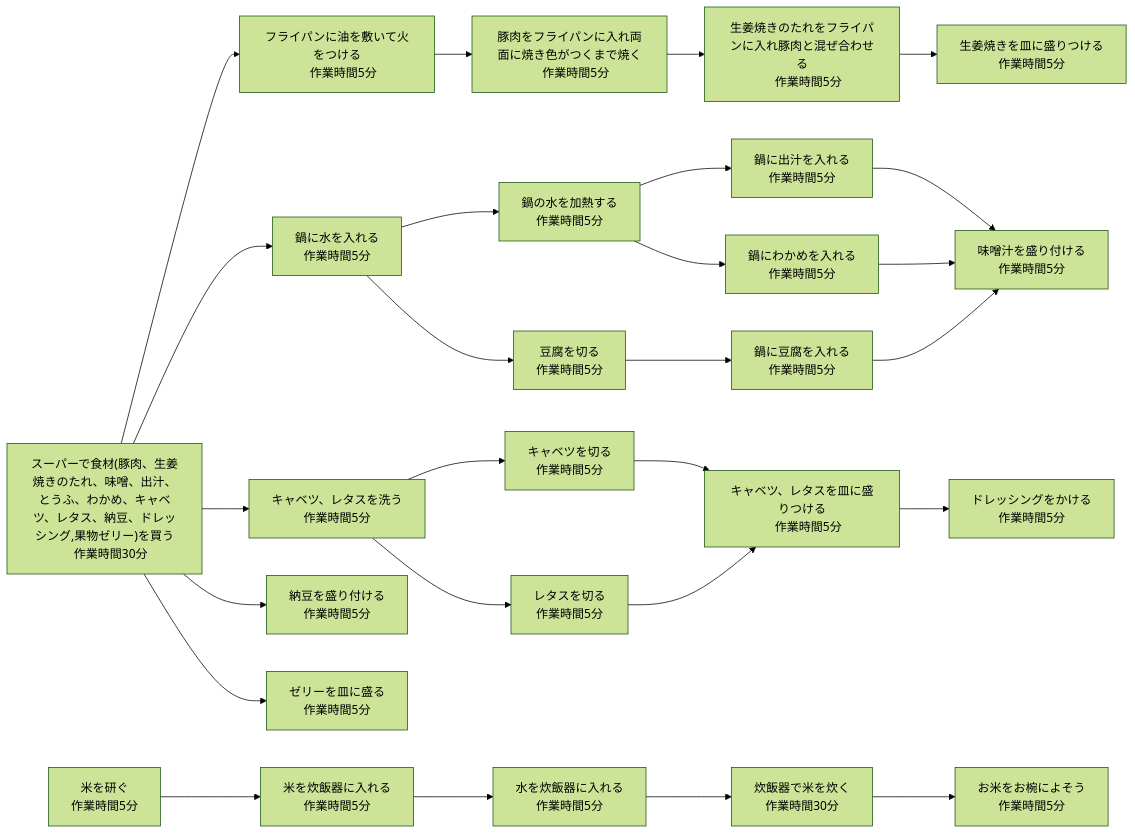
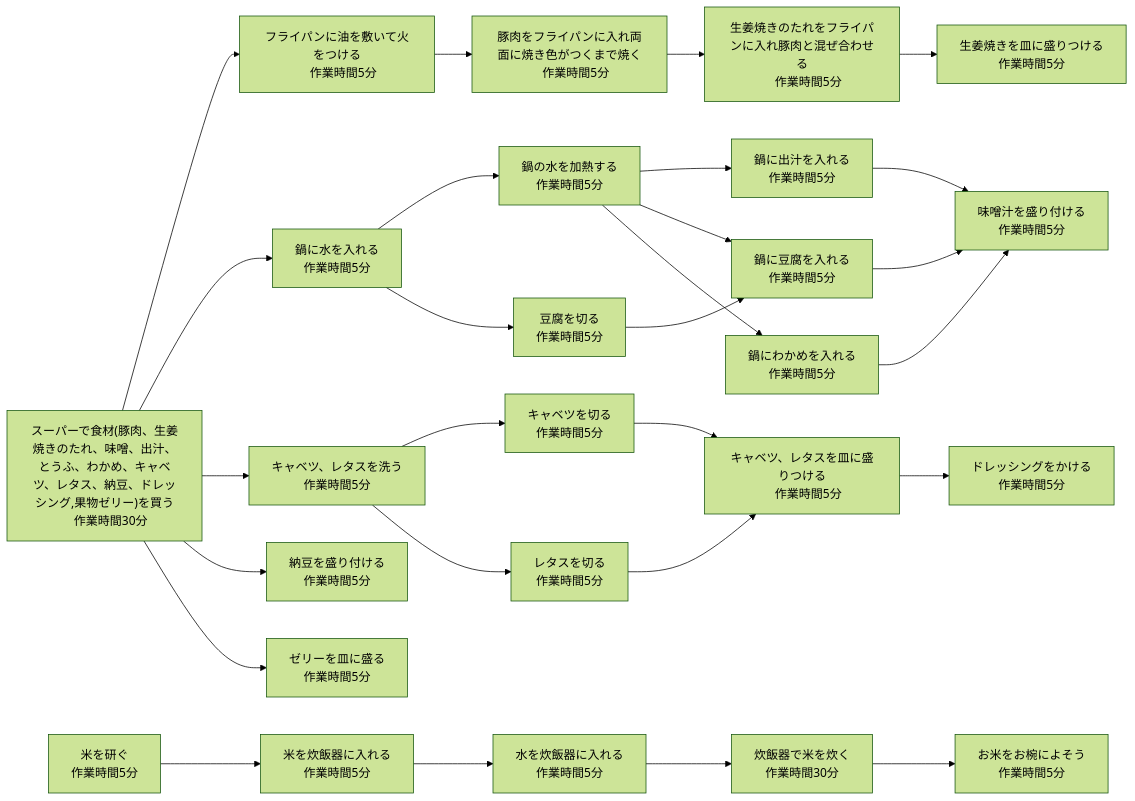
Before and after one commit to allface017/Teisyoku: the diagram in WBS_1_5_izon.md, drawn with Mermaid (forest theme).

Commit message:
依存関係図の作成

````diff
--- a/WBS_1_5_izon.md
+++ b/WBS_1_5_izon.md
@@ -1,77 +1,78 @@
 ```mermaid
 flowchart LR
     super["スーパーで食材(豚肉、生姜焼きのたれ、味噌、出汁、とうふ、わかめ、キャベツ、レタス、納豆、ドレッシング,果物ゼリー)を買う
     作業時間30分"]
     rise1["米を研ぐ
     作業時間5分"]
     rise2["米を炊飯器に入れる
     作業時間5分"]
     rise3["水を炊飯器に入れる
     作業時間5分"]
     rise4["炊飯器で米を炊く
     作業時間30分"]
     rise5["お米をお椀によそう
     作業時間5分"]
     rise1-->rise2
     rise2-->rise3
     rise3-->rise4
     rise4-->rise5
     meat1["フライパンに油を敷いて火をつける
     作業時間5分"]
     meat2["豚肉をフライパンに入れ両面に焼き色がつくまで焼く
     作業時間5分"]
     meat3["生姜焼きのたれをフライパンに入れ豚肉と混ぜ合わせる
     作業時間5分"]
     meat4["生姜焼きを皿に盛りつける
     作業時間5分"]
     super-->meat1
     meat1-->meat2
     meat2-->meat3
     meat3-->meat4
     miso1["鍋に水を入れる
     作業時間5分"]
     miso2["鍋の水を加熱する
     作業時間5分"]
     miso3["豆腐を切る
     作業時間5分"]
     miso4["鍋に出汁を入れる
     作業時間5分"]
     miso5["鍋に豆腐を入れる
     作業時間5分"]
     miso6["鍋にわかめを入れる
     作業時間5分"]
     miso7["味噌汁を盛り付ける
     作業時間5分"]
     super-->miso1
     miso1-->miso2
     miso1-->miso3
     miso3-->miso5
     miso2-->miso4
+    miso2-->miso5
     miso2-->miso6
     miso4-->miso7
     miso5-->miso7
     miso6-->miso7
     sarada1["キャベツ、レタスを洗う
     作業時間5分"]
     sarada2["キャベツを切る
     作業時間5分"]
     sarada3["レタスを切る
     作業時間5分"]
     sarada4["キャベツ、レタスを皿に盛りつける
     作業時間5分"]
     sarada5["ドレッシングをかける
     作業時間5分"]
     sarada6["納豆を盛り付ける
     作業時間5分"]
     super-->sarada1
     super-->sarada6
     sarada1-->sarada2
     sarada1-->sarada3
     sarada2-->sarada4
     sarada3-->sarada4
     sarada4-->sarada5
     zeri["ゼリーを皿に盛る
     作業時間5分"]
     super-->zeri
     
 ```
````
